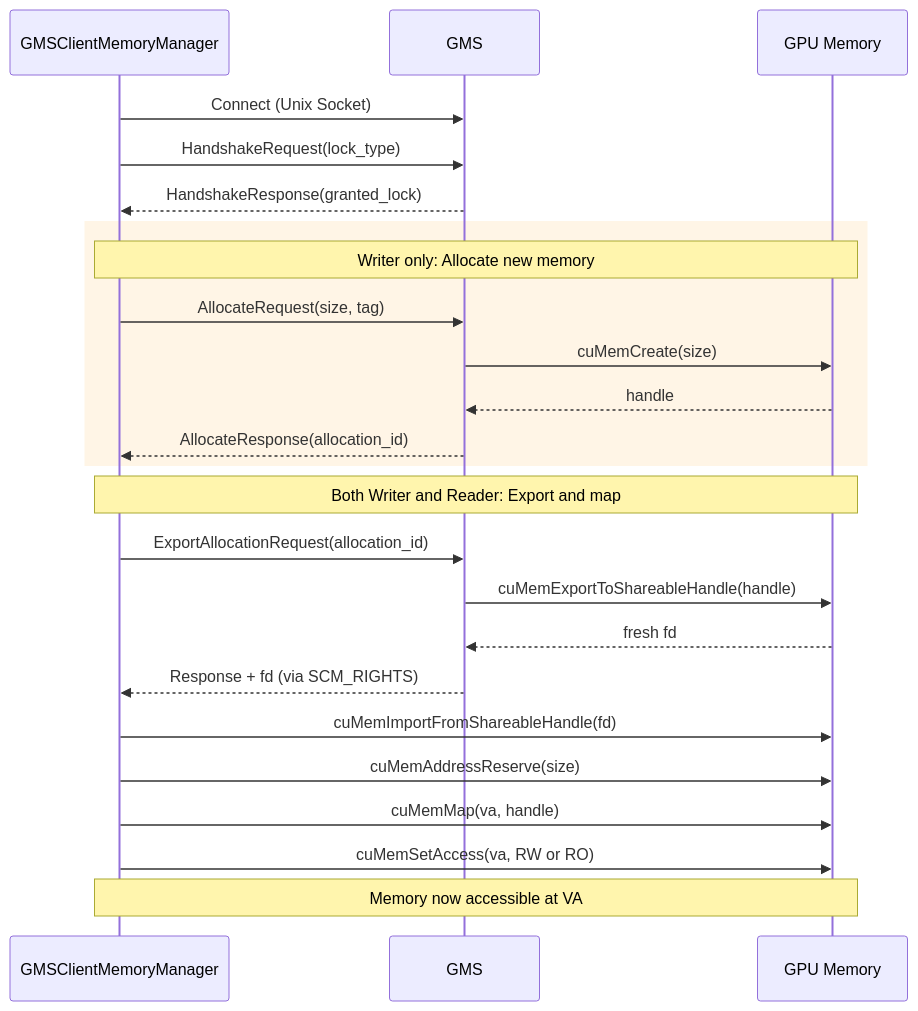
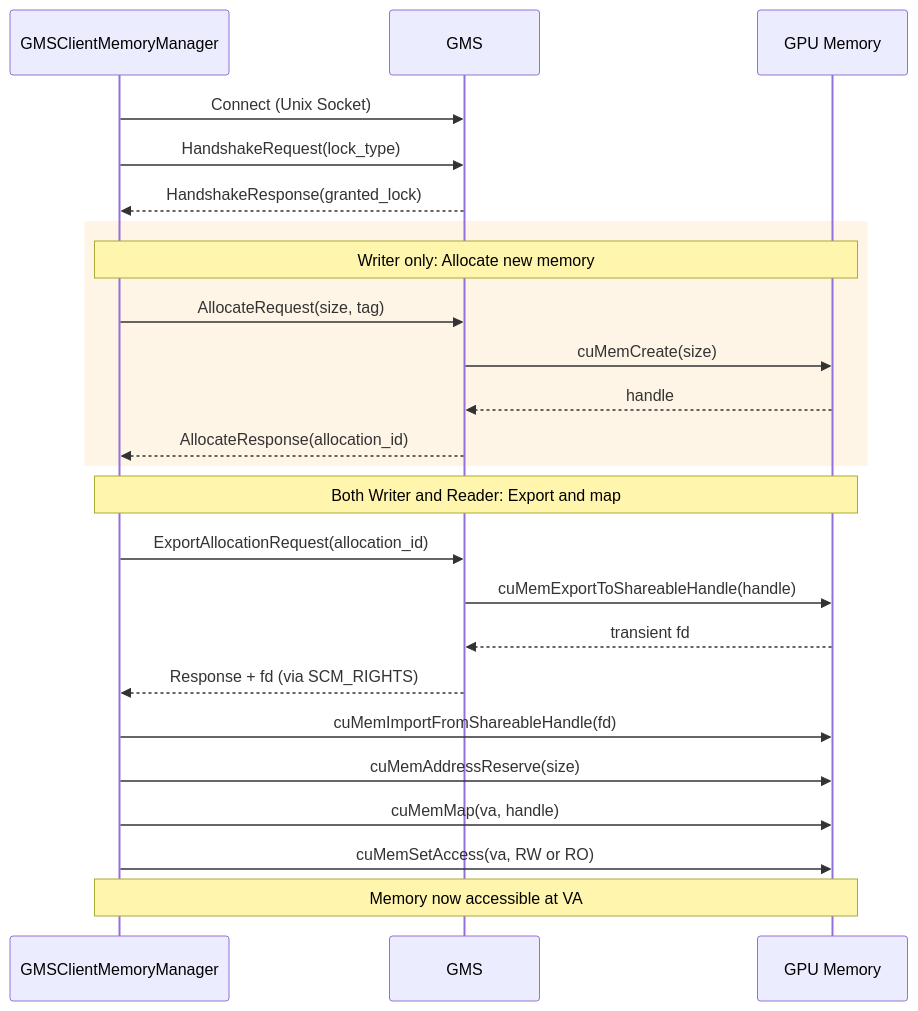
The first of 8 diagrams in lib/gpu_memory_service/README.md (ansajid21/dynamo), drawn with Mermaid before and after one commit. The commit also changed other lines of this file and 14 other files, not shown here.

````diff
--- a/lib/gpu_memory_service/README.md
+++ b/lib/gpu_memory_service/README.md
@@ -92,34 +99,34 @@
 ```mermaid
 sequenceDiagram
     participant C as GMSClientMemoryManager
     participant S as GMS
     participant GPU as GPU Memory
 
     %% Connection
     C->>S: Connect (Unix Socket)
     C->>S: HandshakeRequest(lock_type)
     S-->>C: HandshakeResponse(granted_lock)
 
     %% Allocation (Writer only)
     rect rgb(255, 245, 230)
         Note over C,GPU: Writer only: Allocate new memory
         C->>S: AllocateRequest(size, tag)
         S->>GPU: cuMemCreate(size)
         GPU-->>S: handle
         S-->>C: AllocateResponse(allocation_id)
     end
 
     %% Export/Import (Both Writer and Reader)
     Note over C,GPU: Both Writer and Reader: Export and map
     C->>S: ExportAllocationRequest(allocation_id)
     S->>GPU: cuMemExportToShareableHandle(handle)
-    GPU-->>S: fresh fd
+    GPU-->>S: transient fd
     S-->>C: Response + fd (via SCM_RIGHTS)
 
     C->>GPU: cuMemImportFromShareableHandle(fd)
     C->>GPU: cuMemAddressReserve(size)
     C->>GPU: cuMemMap(va, handle)
     C->>GPU: cuMemSetAccess(va, RW or RO)
 
     Note over C,GPU: Memory now accessible at VA
 ```
````
